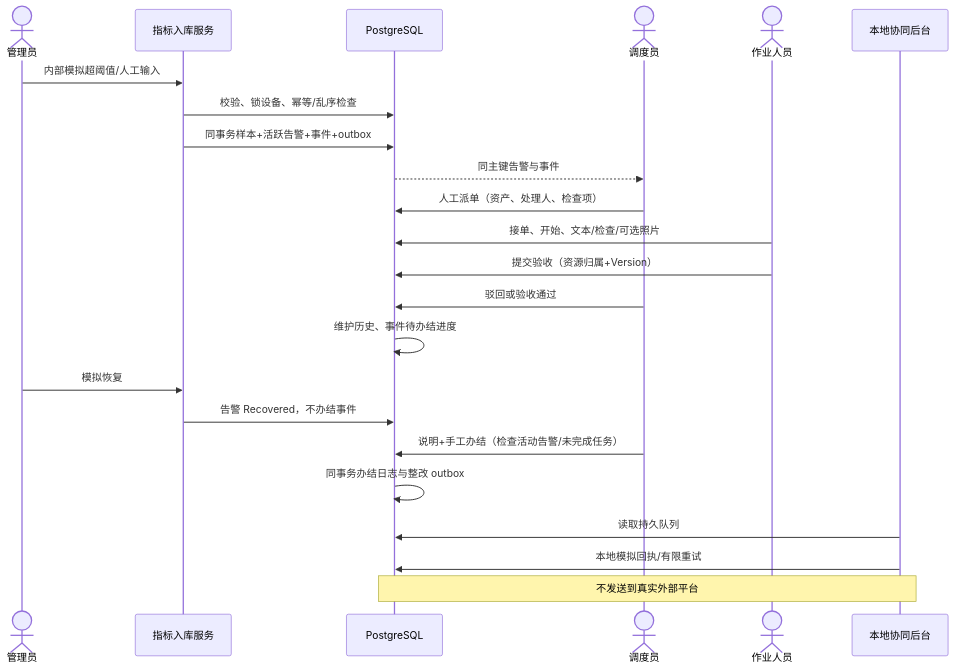
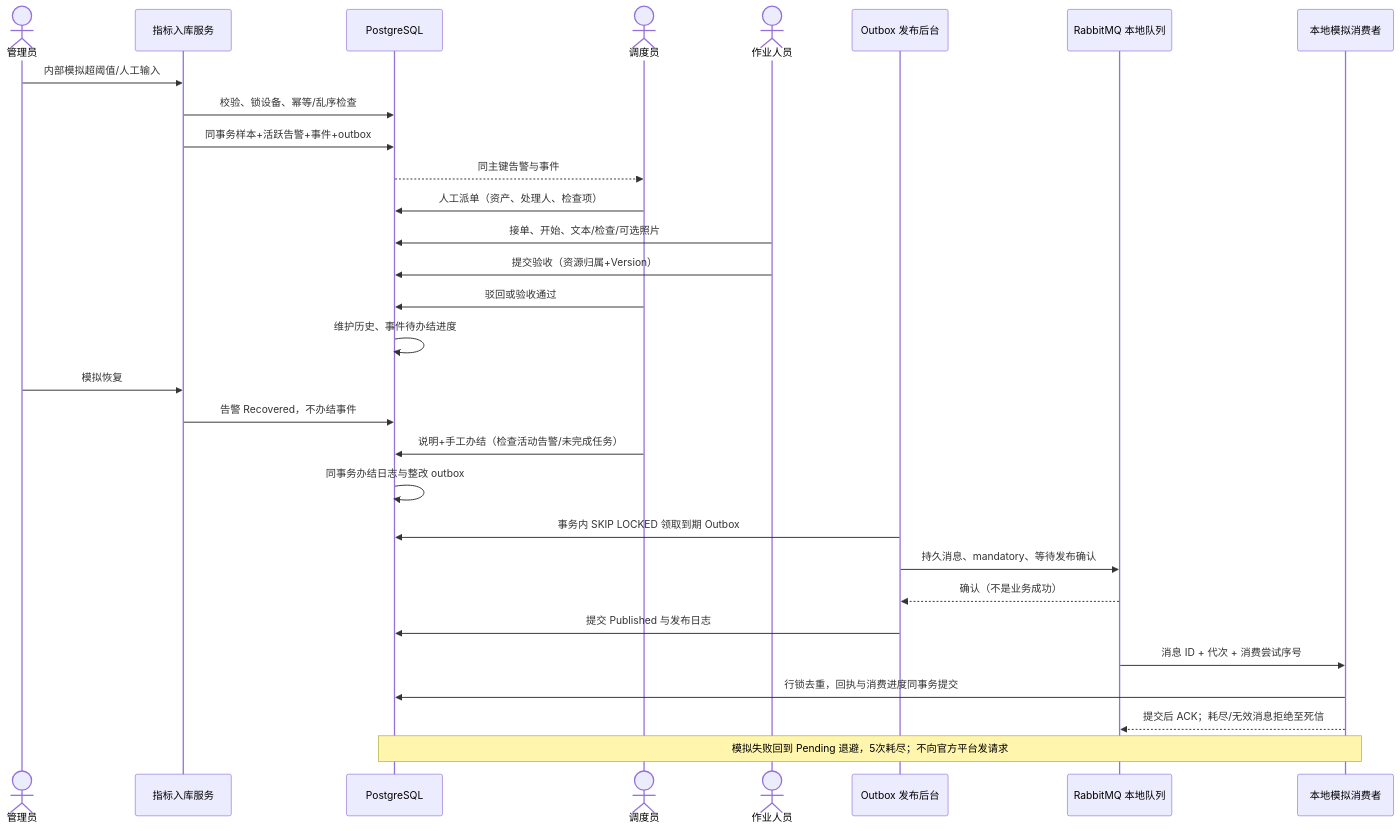
One commit to leddal/smart-park-for-test changed the third of 3 diagrams in docs/模块设计与关联说明.md. Above: the diagram before and after it, drawn with Mermaid. The commit also changed other lines of this file and 32 other files, not shown here.

Commit message:
Add RabbitMQ outbox delivery and stabilize E2E fixtures

````diff
--- a/docs/模块设计与关联说明.md
+++ b/docs/模块设计与关联说明.md
@@ -145,25 +148,32 @@
 ```mermaid
 sequenceDiagram
     actor Admin as 管理员
     participant Ingest as 指标入库服务
     participant DB as PostgreSQL
     actor Dispatcher as 调度员
     actor Worker as 作业人员
-    participant Jobs as 本地协同后台
+    participant Jobs as Outbox 发布后台
+    participant MQ as RabbitMQ 本地队列
+    participant Consumer as 本地模拟消费者
     Admin->>Ingest: 内部模拟超阈值/人工输入
     Ingest->>DB: 校验、锁设备、幂等/乱序检查
     Ingest->>DB: 同事务样本+活跃告警+事件+outbox
     DB-->>Dispatcher: 同主键告警与事件
     Dispatcher->>DB: 人工派单（资产、处理人、检查项）
     Worker->>DB: 接单、开始、文本/检查/可选照片
     Worker->>DB: 提交验收（资源归属+Version）
     Dispatcher->>DB: 驳回或验收通过
     DB->>DB: 维护历史、事件待办结进度
     Admin->>Ingest: 模拟恢复
     Ingest->>DB: 告警 Recovered，不办结事件
     Dispatcher->>DB: 说明+手工办结（检查活动告警/未完成任务）
     DB->>DB: 同事务办结日志与整改 outbox
-    Jobs->>DB: 读取持久队列
-    Jobs->>DB: 本地模拟回执/有限重试
-    Note over Jobs,DB: 不发送到真实外部平台
+    Jobs->>DB: 事务内 SKIP LOCKED 领取到期 Outbox
+    Jobs->>MQ: 持久消息、mandatory、等待发布确认
+    MQ-->>Jobs: 确认（不是业务成功）
+    Jobs->>DB: 提交 Published 与发布日志
+    MQ->>Consumer: 消息 ID + 代次 + 消费尝试序号
+    Consumer->>DB: 行锁去重，回执与消费进度同事务提交
+    Consumer-->>MQ: 提交后 ACK；耗尽/无效消息拒绝至死信
+    Note over Consumer,DB: 模拟失败回到 Pending 退避，5次耗尽；不向官方平台发请求
 ```
````
